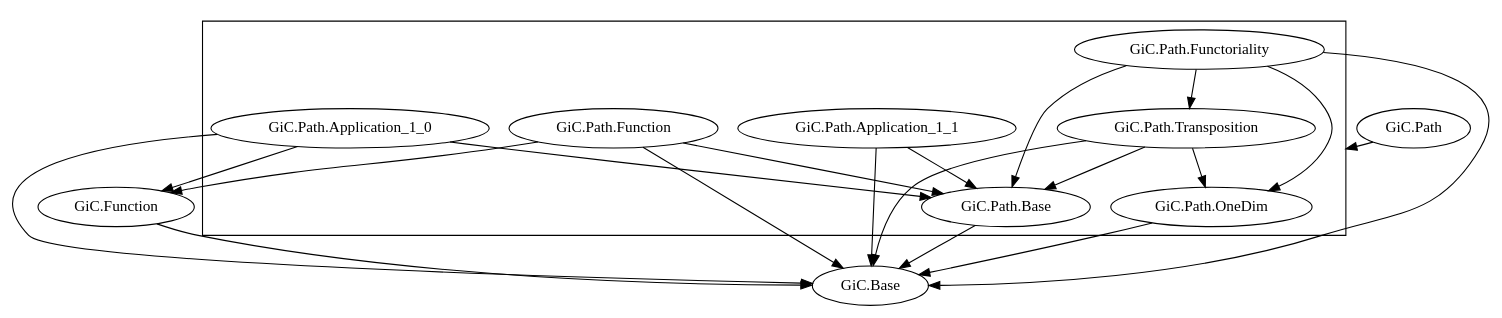
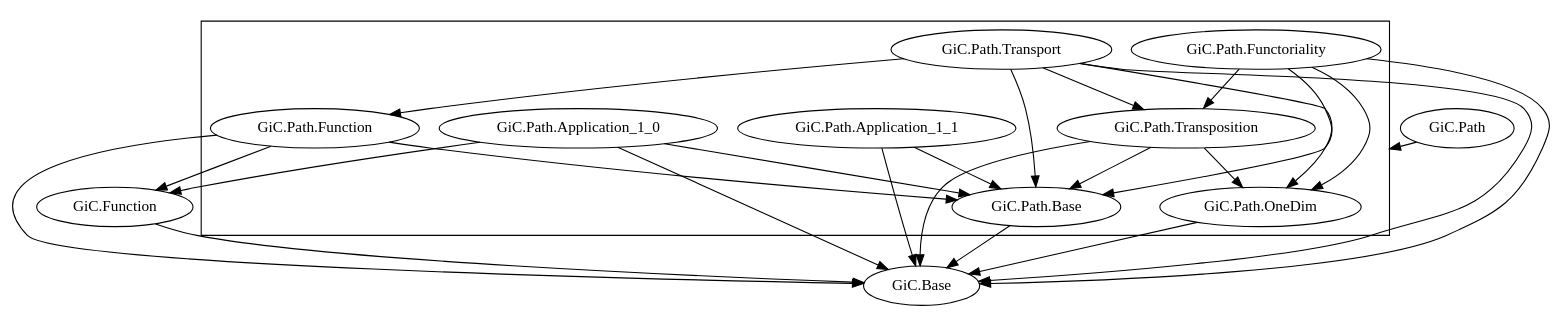
One commit to Hexirp/googology-in-coq changed the diagram in documents/libraries.gv. Above: the diagram before and after it, drawn with Graphviz.

Commit message:
Update: libraries.gv を
GiC.Path.Transport を追加するため。現状を反映するため。

```diff
--- a/documents/libraries.gv
+++ b/documents/libraries.gv
@@ -1,52 +1,60 @@
 digraph dependency_graph {
   compound = true;
 
   # GiC.Base
 
   # GiC.Function
   "GiC.Function" -> "GiC.Base";
 
   # GiC.Path.Base
   "GiC.Path.Base" -> "GiC.Base";
 
   # GiC.Path.Function
   "GiC.Path.Function" -> "GiC.Base";
   "GiC.Path.Function" -> "GiC.Function";
   "GiC.Path.Function" -> "GiC.Path.Base";
 
   # GiC.Path.OneDim
   "GiC.Path.OneDim" -> "GiC.Base";
 
   # GiC.Path.Transposition
   "GiC.Path.Transposition" -> "GiC.Base";
   "GiC.Path.Transposition" -> "GiC.Path.Base";
   "GiC.Path.Transposition" -> "GiC.Path.OneDim";
 
   # GiC.Path.Functoriality
   "GiC.Path.Functoriality" -> "GiC.Base";
   "GiC.Path.Functoriality" -> "GiC.Path.Base";
   "GiC.Path.Functoriality" -> "GiC.Path.OneDim";
   "GiC.Path.Functoriality" -> "GiC.Path.Transposition";
 
   # GiC.Path.Application_1_0
   "GiC.Path.Application_1_0" -> "GiC.Base";
   "GiC.Path.Application_1_0" -> "GiC.Function";
   "GiC.Path.Application_1_0" -> "GiC.Path.Base";
 
   # GiC.Path.Application_1_1
   "GiC.Path.Application_1_1" -> "GiC.Base";
   "GiC.Path.Application_1_1" -> "GiC.Path.Base";
 
+  # GiC.Path.Transport
+  "GiC.Path.Transport" -> "GiC.Base";
+  "GiC.Path.Transport" -> "GiC.Path.Base";
+  "GiC.Path.Transport" -> "GiC.Path.Function";
+  "GiC.Path.Transport" -> "GiC.Path.OneDim";
+  "GiC.Path.Transport" -> "GiC.Path.Transposition";
+
   # GiC.Path
   subgraph cluster_GiC_Path {
     "GiC.Path.Base";
     "GiC.Path.Function";
     "GiC.Path.OneDim";
     "GiC.Path.Transposition";
     "GiC.Path.Functoriality";
     "GiC.Path.Application_1_0";
     "GiC.Path.Application_1_1";
+    "GiC.Path.Transport";
   }
 
   "GiC.Path" -> "GiC.Path.Base" [lhead = cluster_GiC_Path];
 }
```
